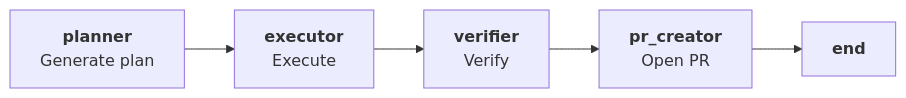
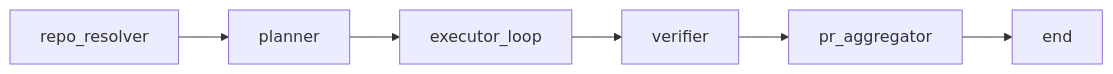
Before and after one commit to ples/orchestro: the first of 5 diagrams in README.md, drawn with Mermaid. The commit also changed other lines of this file and 50 other files, not shown here.

````diff
--- a/README.md
+++ b/README.md
@@ -125,7 +147,8 @@
 ```mermaid
 flowchart LR
-    P["<b>planner</b><br/>Generate plan"] --> E["<b>executor</b><br/>Execute"]
-    E --> V["<b>verifier</b><br/>Verify"]
-    V --> PR["<b>pr_creator</b><br/>Open PR"]
-    PR --> DONE["<b>end</b>"]
+    RR["repo_resolver"] --> P["planner"]
+    P --> E["executor_loop"]
+    E --> V["verifier"]
+    V --> PR["pr_aggregator"]
+    PR --> DONE["end"]
 ```
````
